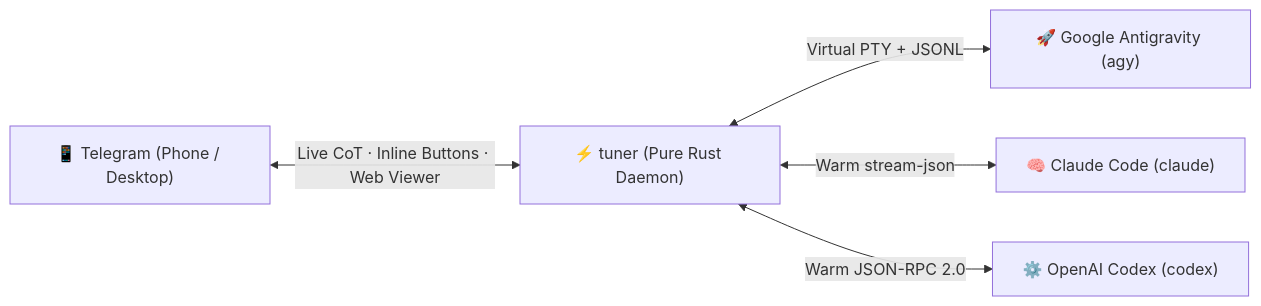
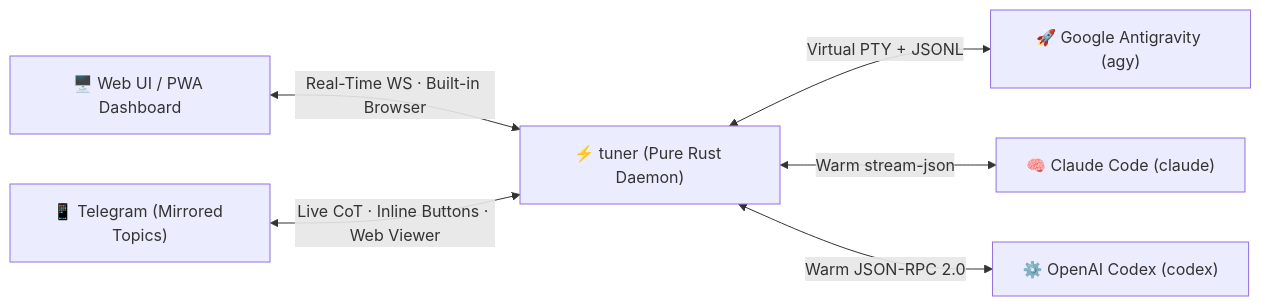
The diagram in README.md (imwoo90/tuner), drawn with Mermaid before and after one commit. The commit also changed other lines of this file and 2 other files, not shown here.

````diff
--- a/README.md
+++ b/README.md
@@ -11,7 +11,8 @@
 ```mermaid
 graph LR
-    TG["📱 Telegram (Phone / Desktop)"] <-->|"Live CoT · Inline Buttons · Web Viewer"| T["⚡ tuner (Pure Rust Daemon)"]
+    WEB["🖥️ Web UI / PWA Dashboard"] <-->|"Real-Time WS · Built-in Browser"| T["⚡ tuner (Pure Rust Daemon)"]
+    TG["📱 Telegram (Mirrored Topics)"] <-->|"Live CoT · Inline Buttons · Web Viewer"| T
     T <-->|"Virtual PTY + JSONL"| AGY["🚀 Google Antigravity (agy)"]
     T <-->|"Warm stream-json"| CL["🧠 Claude Code (claude)"]
     T <-->|"Warm JSON-RPC 2.0"| CX["⚙️ OpenAI Codex (codex)"]
 ```
````
